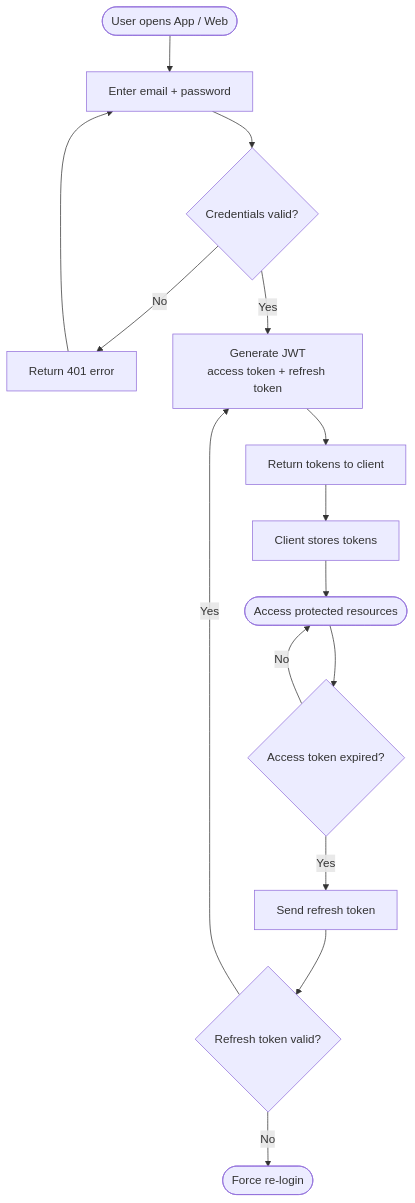
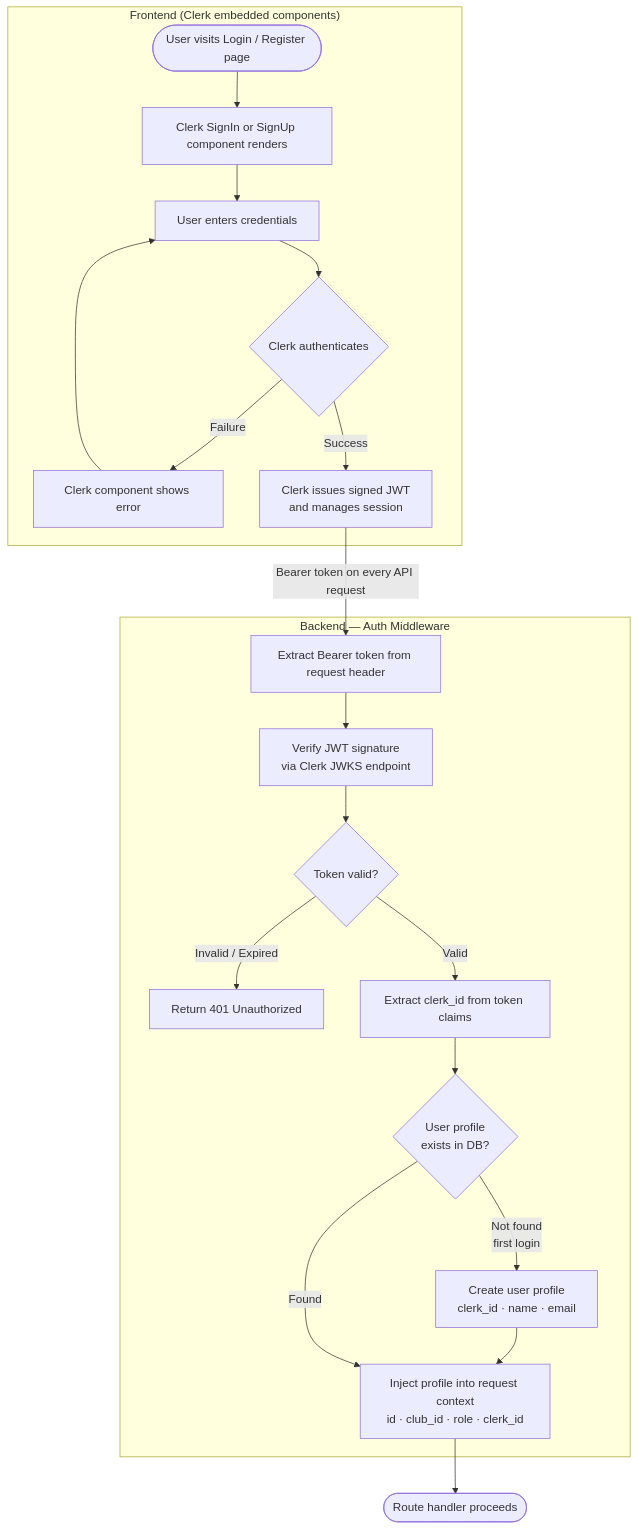
The third of 7 diagrams in docs/system-design.md (Hansenyao/sportstock), drawn with Mermaid before and after one commit. The commit also changed other lines of this file and 4 other files, not shown here.

Commit message:
update auth flow design

````diff
--- a/docs/system-design.md
+++ b/docs/system-design.md
@@ -134,18 +143,34 @@
 ```mermaid
 flowchart TD
-    A([User opens App / Web]) --> B[Enter email + password]
-    B --> C{Credentials valid?}
-    C -- No --> D[Return 401 error]
-    D --> B
-    C -- Yes --> E[Generate JWT\naccess token + refresh token]
-    E --> F[Return tokens to client]
-    F --> G[Client stores tokens]
-    G --> H([Access protected resources])
+    subgraph Frontend["Frontend (Clerk embedded components)"]
+        A([User visits Login / Register page])
+        B[Clerk SignIn or SignUp component renders]
+        C[User enters credentials]
+        D{Clerk authenticates}
+        E[Clerk component shows error]
+        F[Clerk issues signed JWT\nand manages session]
+    end
 
-    H --> I{Access token expired?}
-    I -- No --> H
-    I -- Yes --> J[Send refresh token]
-    J --> K{Refresh token valid?}
-    K -- Yes --> E
-    K -- No --> L([Force re-login])
+    subgraph BackendMiddleware["Backend — Auth Middleware"]
+        G[Extract Bearer token from request header]
+        H[Verify JWT signature\nvia Clerk JWKS endpoint]
+        I{Token valid?}
+        J[Return 401 Unauthorized]
+        K[Extract clerk_id from token claims]
+        L{User profile\nexists in DB?}
+        M[Create user profile\nclerk_id · name · email]
+        N[Inject profile into request context\nid · club_id · role · clerk_id]
+    end
+
+    A --> B --> C --> D
+    D -- Failure --> E --> C
+    D -- Success --> F
+
+    F -->|"Bearer token on every API request"| G
+    G --> H --> I
+    I -- Invalid / Expired --> J
+    I -- Valid --> K --> L
+    L -- Not found\nfirst login --> M --> N
+    L -- Found --> N
+    N --> O([Route handler proceeds])
 ```
````
